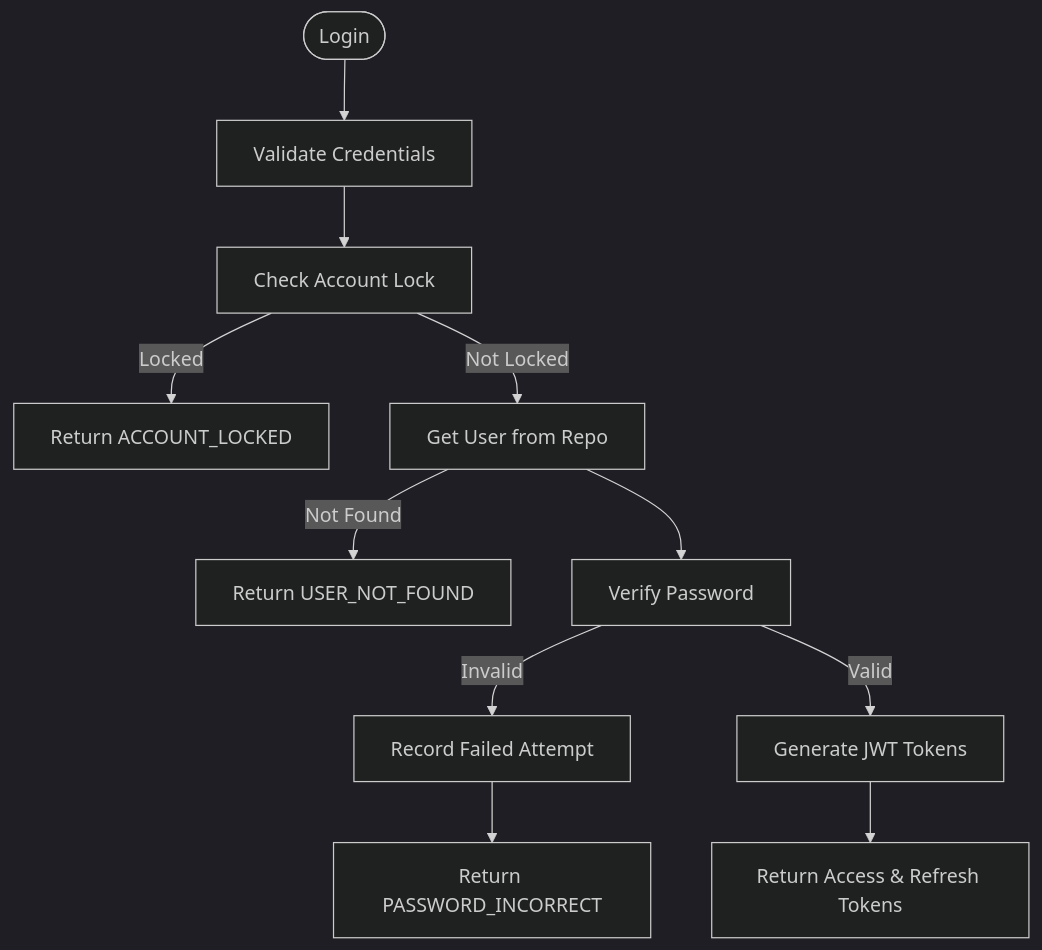
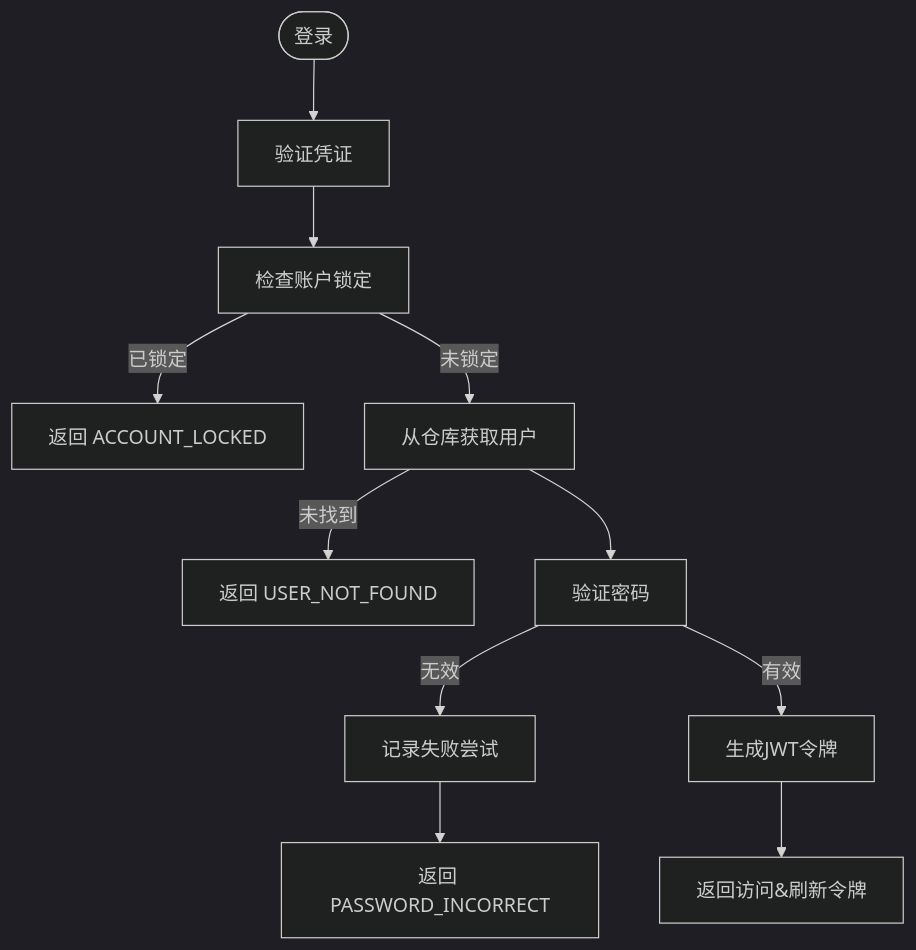
The fifth of 7 diagrams in .qoder/repowiki/zh/content/Backend Services/Authentication Service.md (26huitailang/kratos-boilerplate), drawn with Mermaid (dark theme) before and after one commit. The commit also changed other lines of this file and 31 other files, not shown here.

````diff
--- a/.qoder/repowiki/zh/content/Backend Services/Authentication Service.md
+++ b/.qoder/repowiki/zh/content/Backend Services/Authentication Service.md
@@ -169,13 +177,13 @@
 ```mermaid
 flowchart TD
-Start([Login]) --> ValidateInput["Validate Credentials"]
-ValidateInput --> CheckLock["Check Account Lock"]
-CheckLock --> |Locked| ReturnLocked["Return ACCOUNT_LOCKED"]
-CheckLock --> |Not Locked| GetUser["Get User from Repo"]
-GetUser --> |Not Found| ReturnNotFound["Return USER_NOT_FOUND"]
-GetUser --> VerifyPassword["Verify Password"]
-VerifyPassword --> |Invalid| RecordFail["Record Failed Attempt"]
-RecordFail --> ReturnIncorrect["Return PASSWORD_INCORRECT"]
-VerifyPassword --> |Valid| GenerateTokens["Generate JWT Tokens"]
-GenerateTokens --> ReturnSuccess["Return Access & Refresh Tokens"]
+开始([登录]) --> 验证输入["验证凭证"]
+验证输入 --> 检查锁定["检查账户锁定"]
+检查锁定 --> |已锁定| 返回锁定["返回 ACCOUNT_LOCKED"]
+检查锁定 --> |未锁定| 获取用户["从仓库获取用户"]
+获取用户 --> |未找到| 返回未找到["返回 USER_NOT_FOUND"]
+获取用户 --> 验证密码["验证密码"]
+验证密码 --> |无效| 记录失败["记录失败尝试"]
+记录失败 --> 返回不正确["返回 PASSWORD_INCORRECT"]
+验证密码 --> |有效| 生成令牌["生成JWT令牌"]
+生成令牌 --> 返回成功["返回访问&刷新令牌"]
 ```
````
